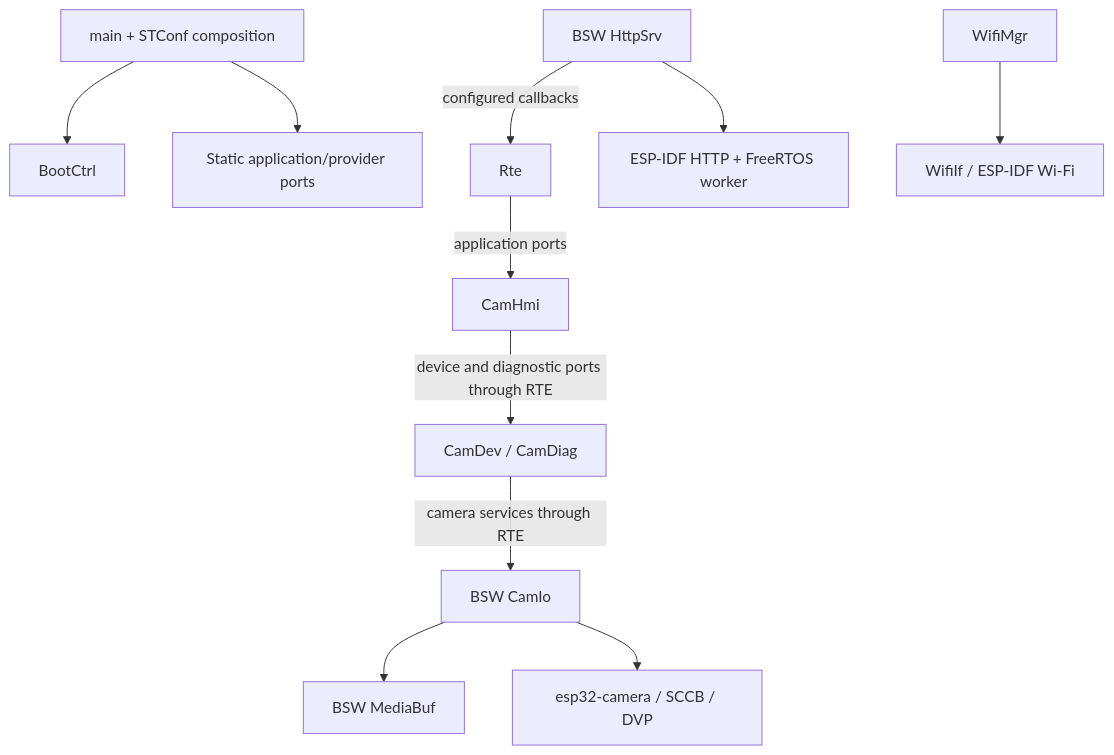
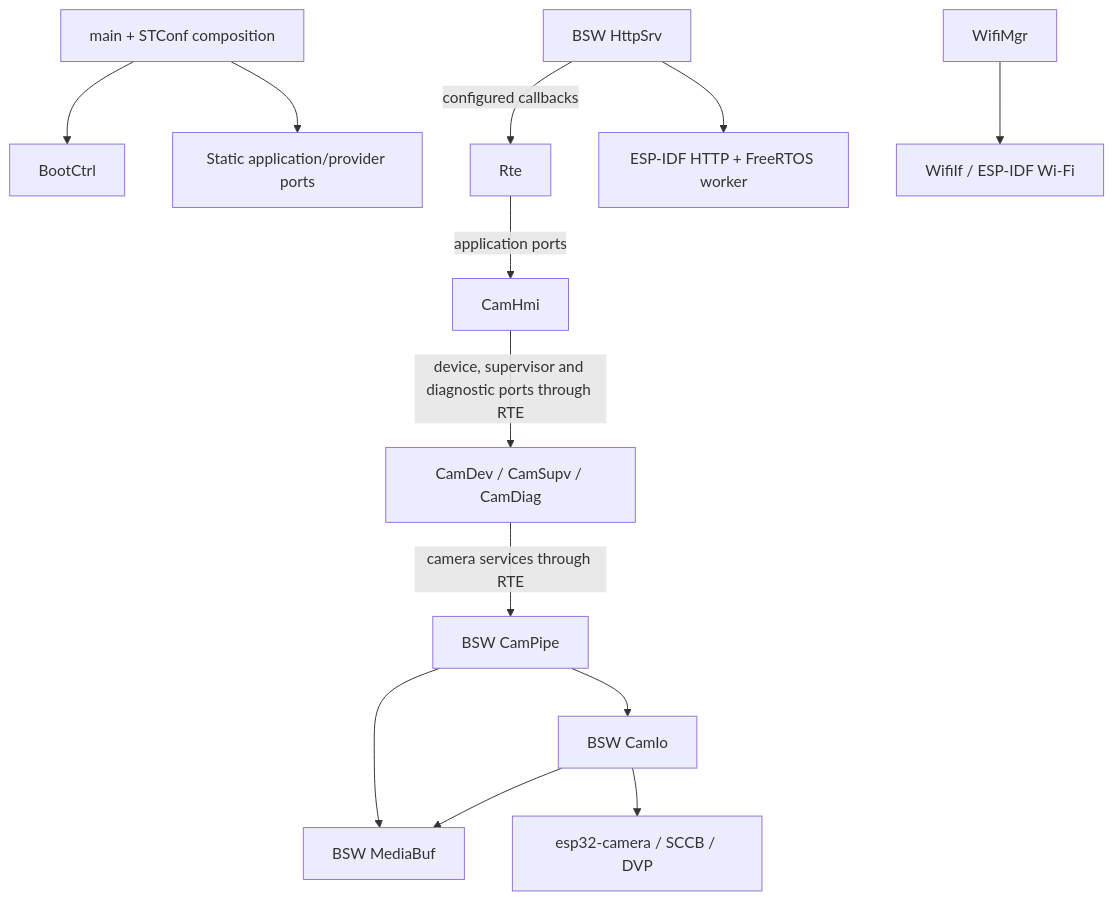
The first of 4 diagrams in products/neocam/firmware/docs/architecture.md (NeoTech-vietnam/NeoLab), drawn with Mermaid before and after one commit. The commit also changed other lines of this file and 61 other files, not shown here.

````diff
--- a/products/neocam/firmware/docs/architecture.md
+++ b/products/neocam/firmware/docs/architecture.md
@@ -49,13 +53,15 @@
 ```mermaid
 flowchart TD
     Main[main + STConf composition] --> Boot[BootCtrl]
     Main --> Wiring[Static application/provider ports]
     HTTP[BSW HttpSrv] -->|configured callbacks| RTE[Rte]
     RTE -->|application ports| HMI[CamHmi]
-    HMI -->|device and diagnostic ports through RTE| App[CamDev / CamDiag]
-    App -->|camera services through RTE| Camera[BSW CamIo]
+    HMI -->|device, supervisor and diagnostic ports through RTE| App[CamDev / CamSupv / CamDiag]
+    App -->|camera services through RTE| Pipe[BSW CamPipe]
+    Pipe --> Camera[BSW CamIo]
+    Pipe --> Pool
     Camera --> Pool[BSW MediaBuf]
     Camera --> Native[esp32-camera / SCCB / DVP]
     HTTP --> IDF[ESP-IDF HTTP + FreeRTOS worker]
     Wifi[WifiMgr] --> WiFiIf[WifiIf / ESP-IDF Wi-Fi]
 ```
````
